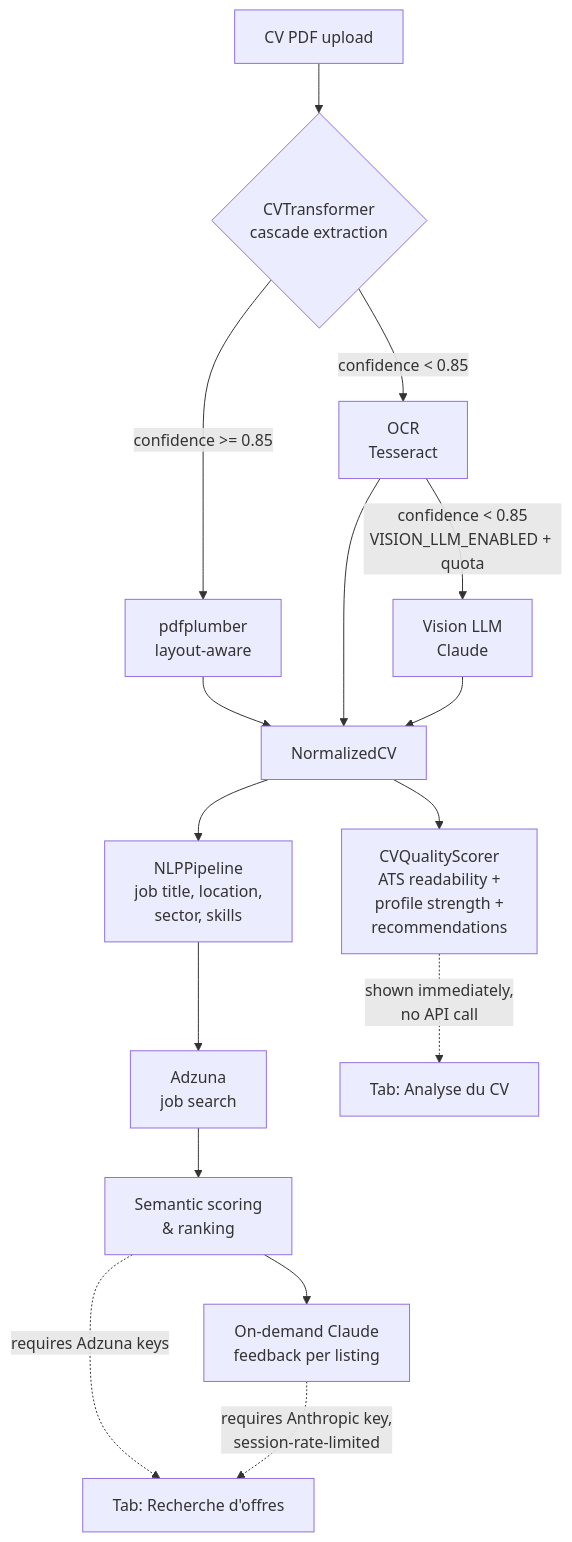
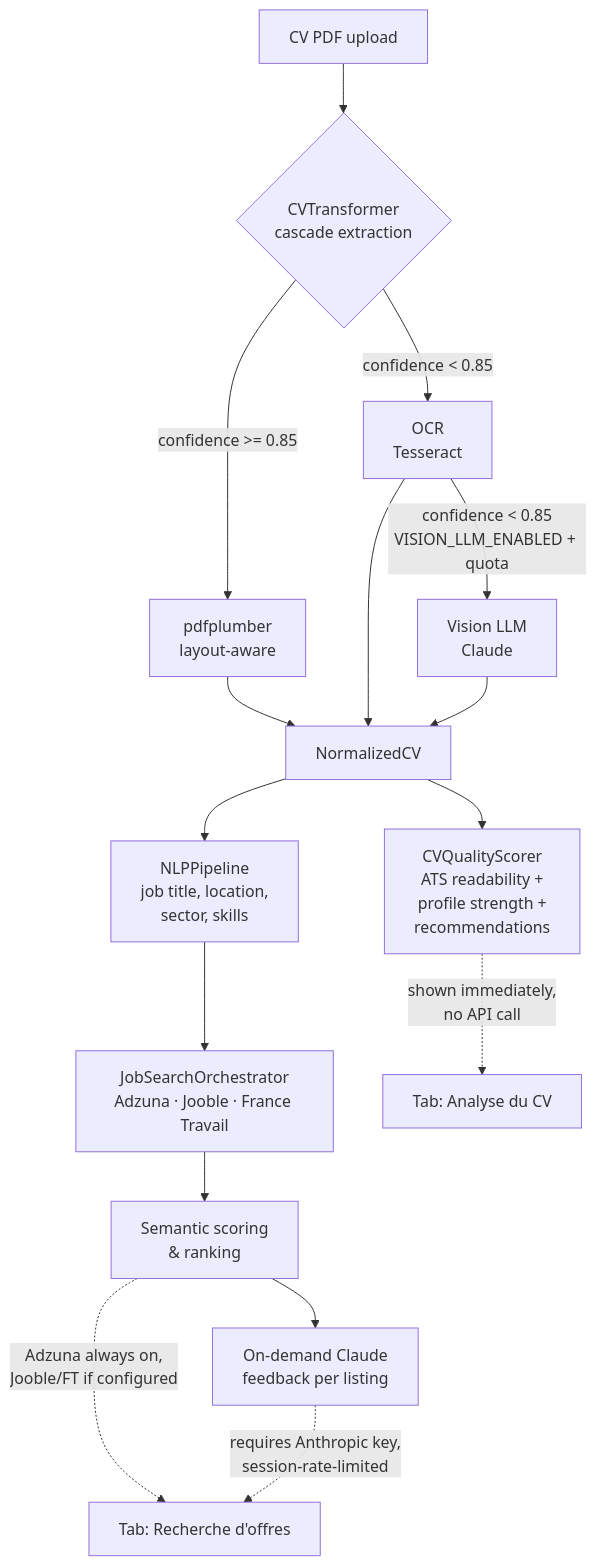
The diagram in README.md (kumnito/ATS-CV-Scorer), drawn with Mermaid before and after one commit. The commit also changed other lines of this file and 1 other file, not shown here.

First line of the commit message:
docs: documente la recherche multi-sources (Adzuna + Jooble + France Travail)

````diff
--- a/README.md
+++ b/README.md
@@ -32,21 +32,21 @@
 ```mermaid
 flowchart TD
     A["CV PDF upload"] --> B{"CVTransformer<br/>cascade extraction"}
     B -->|"confidence >= 0.85"| C["pdfplumber<br/>layout-aware"]
     B -->|"confidence < 0.85"| D["OCR<br/>Tesseract"]
     D -->|"confidence < 0.85<br/>VISION_LLM_ENABLED + quota"| E["Vision LLM<br/>Claude"]
     C --> F["NormalizedCV"]
     D --> F
     E --> F
 
     F --> G["NLPPipeline<br/>job title, location,<br/>sector, skills"]
     F --> H["CVQualityScorer<br/>ATS readability +<br/>profile strength +<br/>recommendations"]
 
-    G --> I["Adzuna<br/>job search"]
+    G --> I["JobSearchOrchestrator<br/>Adzuna · Jooble · France Travail"]
     I --> J["Semantic scoring<br/>& ranking"]
     J --> K["On-demand Claude<br/>feedback per listing"]
 
     H -.shown immediately,<br/>no API call.-> Tab1["Tab: Analyse du CV"]
-    J -.requires Adzuna keys.-> Tab2["Tab: Recherche d'offres"]
+    J -.Adzuna always on,<br/>Jooble/FT if configured.-> Tab2["Tab: Recherche d'offres"]
     K -.requires Anthropic key,<br/>session-rate-limited.-> Tab2
 ```
````
